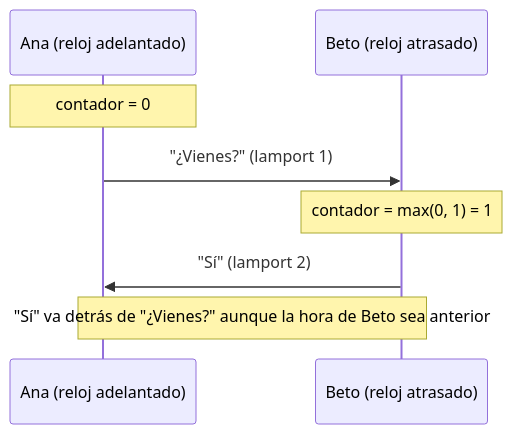
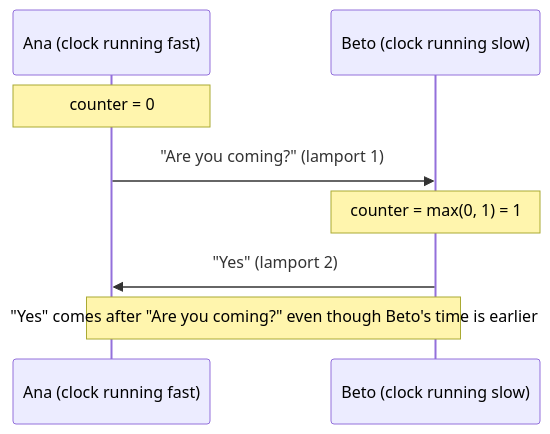
The diagram in website/concepts/lamport-clocks.md (fsoftt/Murmur), drawn with Mermaid before and after one commit. The commit also changed other lines of this file and 51 other files, not shown here.

````diff
--- a/website/concepts/lamport-clocks.md
+++ b/website/concepts/lamport-clocks.md
@@ -15,10 +15,10 @@
 ```mermaid
 sequenceDiagram
-    participant A as Ana (reloj adelantado)
-    participant B as Beto (reloj atrasado)
-    Note over A: contador = 0
-    A->>B: "¿Vienes?" (lamport 1)
-    Note over B: contador = max(0, 1) = 1
-    B->>A: "Sí" (lamport 2)
-    Note over A,B: "Sí" va detrás de "¿Vienes?" aunque la hora de Beto sea anterior
+    participant A as Ana (clock running fast)
+    participant B as Beto (clock running slow)
+    Note over A: counter = 0
+    A->>B: "Are you coming?" (lamport 1)
+    Note over B: counter = max(0, 1) = 1
+    B->>A: "Yes" (lamport 2)
+    Note over A,B: "Yes" comes after "Are you coming?" even though Beto's time is earlier
 ```
````
